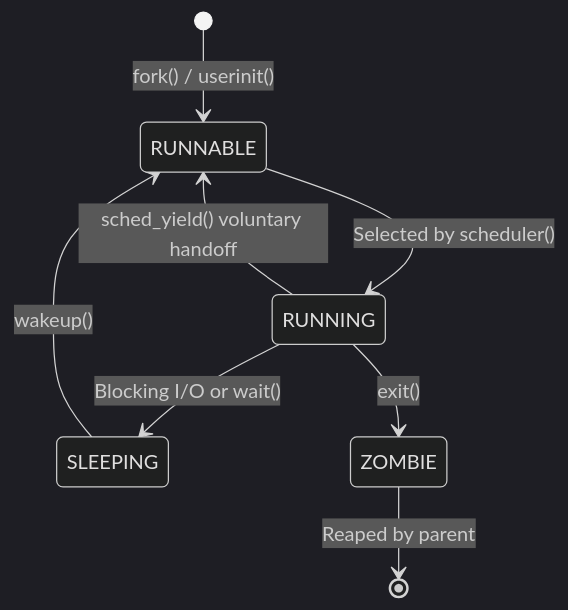
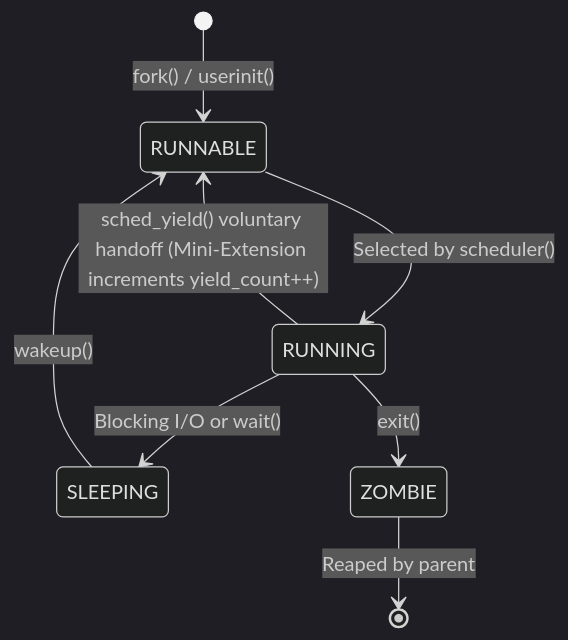
One commit to asbahkhan67-ctrl/xv6-riscv changed diagram 14 of 21 in README.md. Above: the diagram before and after it, drawn with Mermaid (dark theme). The commit also changed other lines of this file, not shown here.

````diff
--- a/README.md
+++ b/README.md
@@ -614,10 +688,10 @@
 ```mermaid
 stateDiagram-v2
     [*] --> RUNNABLE : fork() / userinit()
     RUNNABLE --> RUNNING : Selected by scheduler()
-    RUNNING --> RUNNABLE : sched_yield() voluntary handoff
+    RUNNING --> RUNNABLE : sched_yield() voluntary handoff (Mini-Extension increments yield_count++)
     RUNNING --> SLEEPING : Blocking I/O or wait()
     SLEEPING --> RUNNABLE : wakeup()
     RUNNING --> ZOMBIE : exit()
     ZOMBIE --> [*] : Reaped by parent
 ```
````
